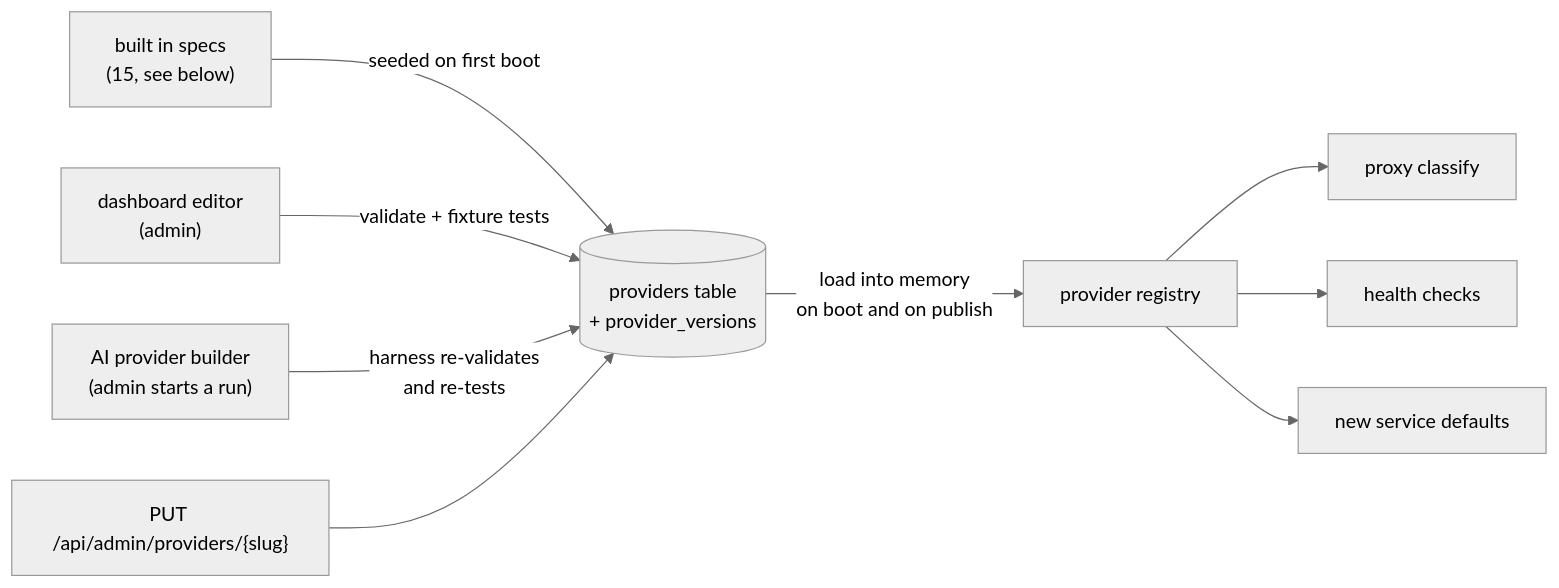
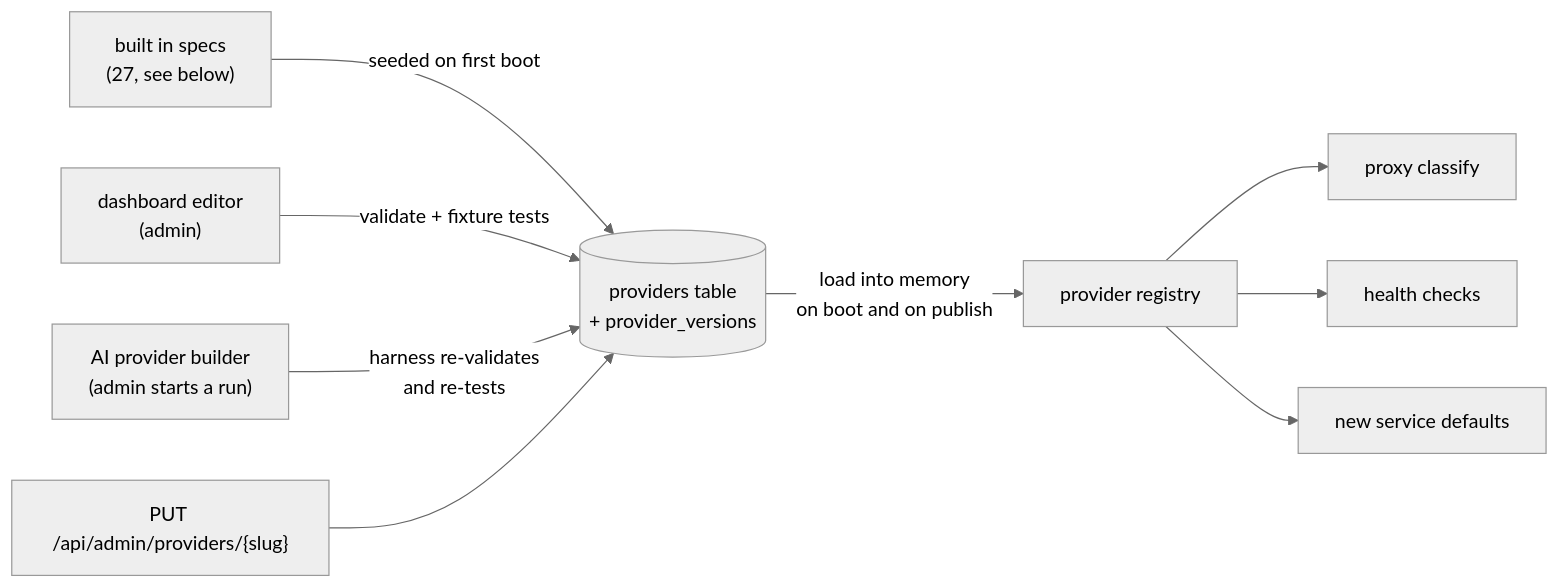
One commit to sidharthpunathil/acnologia changed the diagram in server/internal/docsmd/files/providers.md. Above: the diagram before and after it, drawn with Mermaid (neutral theme). The commit also changed other lines of this file and 5 other files, not shown here.

````diff
--- a/server/internal/docsmd/files/providers.md
+++ b/server/internal/docsmd/files/providers.md
@@ -13,11 +13,11 @@
 ```mermaid
 flowchart LR
-    Built["built in specs<br/>(15, see below)"] -->|seeded on first boot| Store[("providers table<br/>+ provider_versions")]
+    Built["built in specs<br/>(27, see below)"] -->|seeded on first boot| Store[("providers table<br/>+ provider_versions")]
     Editor["dashboard editor<br/>(admin)"] -->|validate + fixture tests| Store
     AI["AI provider builder<br/>(admin starts a run)"] -->|"harness re-validates<br/>and re-tests"| Store
     API["PUT /api/admin/providers/{slug}"] --> Store
     Store -->|"load into memory<br/>on boot and on publish"| Reg["provider registry"]
     Reg --> Proxy["proxy classify"]
     Reg --> Health["health checks"]
     Reg --> Svc["new service defaults"]
 ```
````
